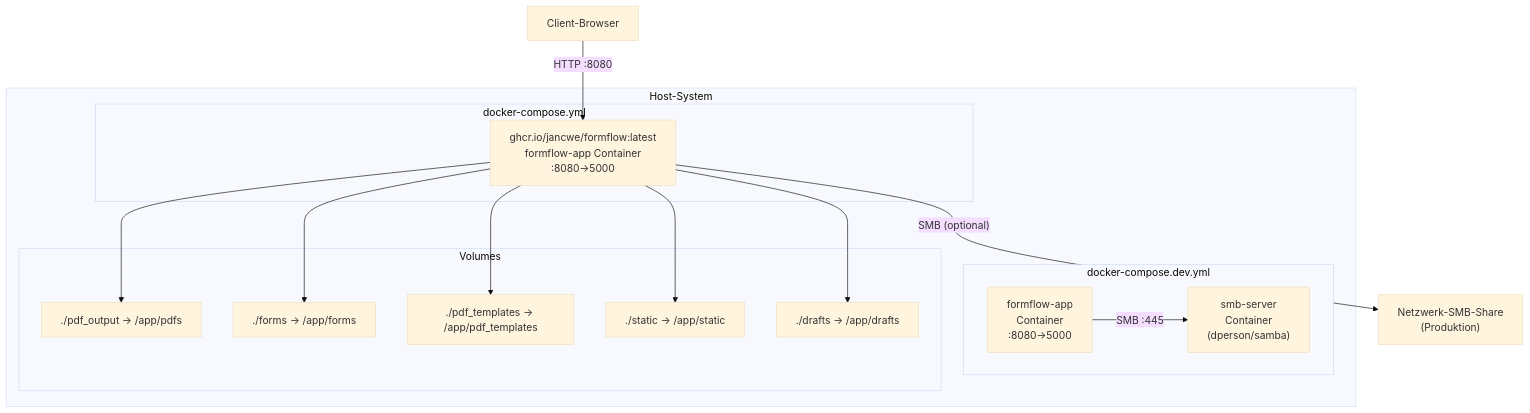
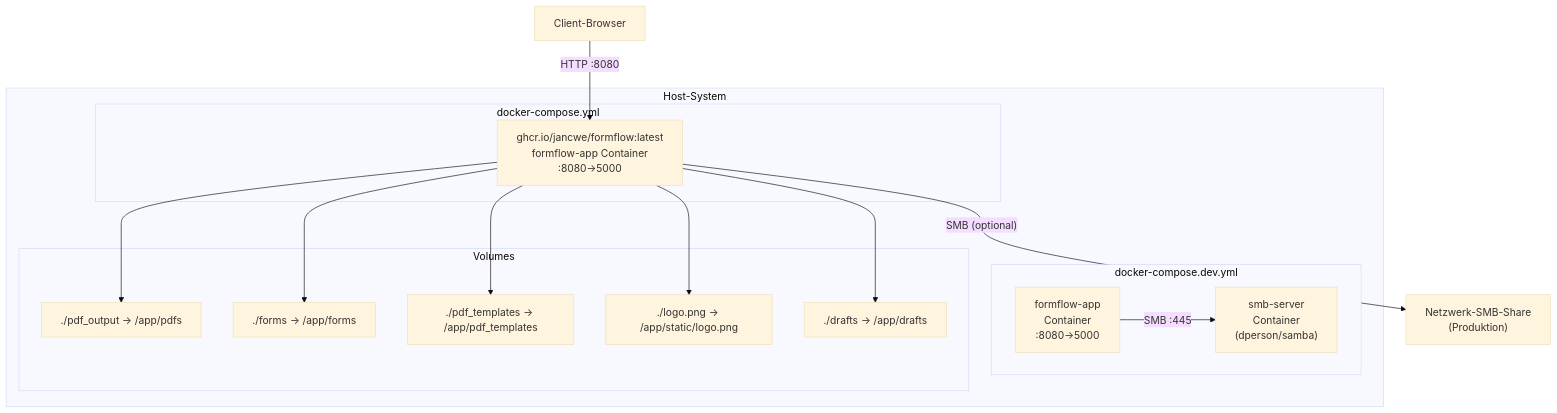
The fourth of 7 diagrams in docs/Architektur.md (jancwe/formflow), drawn with Mermaid (base theme) before and after one commit. The commit also changed other lines of this file and 4 other files, not shown here.

Commit message:
Simplify logo config: mount single file instead of entire static/ directory

````diff
--- a/docs/Architektur.md
+++ b/docs/Architektur.md
@@ -220,33 +220,33 @@
 ```mermaid
 graph TD
     subgraph Host-System
         subgraph Produktions-Stack["docker-compose.yml"]
             AppProd["ghcr.io/jancwe/formflow:latest\nformflow-app Container\n:8080→5000"]
         end
 
         subgraph Dev-Stack["docker-compose.dev.yml"]
             AppDev["formflow-app\nContainer\n:8080→5000"]
             SmbDev["smb-server\nContainer\n(dperson/samba)"]
             AppDev -- "SMB :445" --> SmbDev
         end
 
         subgraph Volumes
             V1["./pdf_output → /app/pdfs"]
             V2["./forms → /app/forms"]
             V3["./pdf_templates → /app/pdf_templates"]
-            V4["./static → /app/static"]
+            V4["./logo.png → /app/static/logo.png"]
             V5["./drafts → /app/drafts"]
         end
     end
 
     Client["Client-Browser"]
     NetSMB["Netzwerk-SMB-Share\n(Produktion)"]
 
     Client -- "HTTP :8080" --> AppProd
     AppProd --> V1
     AppProd --> V2
     AppProd --> V3
     AppProd --> V4
     AppProd --> V5
     AppProd -- "SMB (optional)" --> NetSMB
 ```
````
